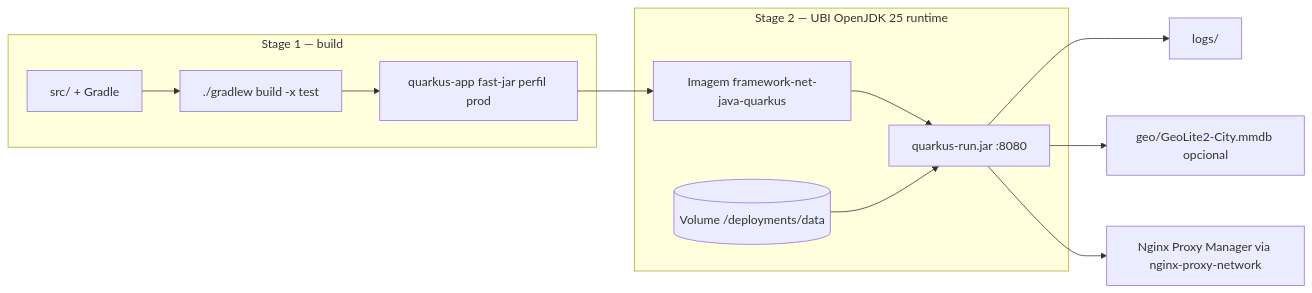
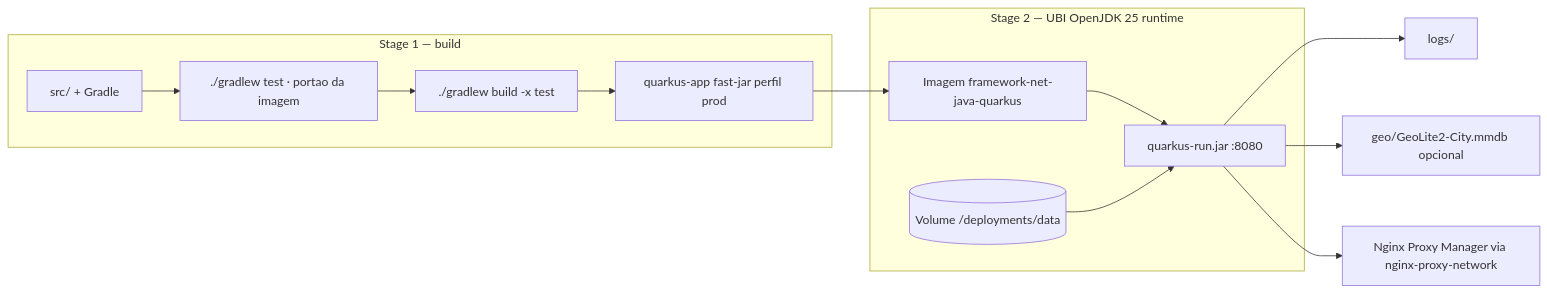
The sixth of 12 diagrams in src/main/resources/README.md (carmipa/framework-net-java-quarkus), drawn with Mermaid before and after one commit. The commit also changed other lines of this file and 1 other file, not shown here.

````diff
--- a/src/main/resources/README.md
+++ b/src/main/resources/README.md
@@ -597,15 +596,16 @@
 ```mermaid
 flowchart LR
     subgraph build [Stage 1 — build]
-        SRC[src/ + Gradle] --> GRAD[./gradlew build -x test]
+        SRC[src/ + Gradle] --> TEST[./gradlew test · portao da imagem]
+        TEST --> GRAD[./gradlew build -x test]
         GRAD --> JAR[quarkus-app fast-jar perfil prod]
     end
     subgraph runtime [Stage 2 — UBI OpenJDK 25 runtime]
         JAR --> IMG[Imagem framework-net-java-quarkus]
         IMG --> RUN[quarkus-run.jar :8080]
         VOL[(Volume /deployments/data)] --> RUN
     end
     RUN --> LOGS[logs/]
     RUN --> GEO[geo/GeoLite2-City.mmdb opcional]
     RUN --> NPM[Nginx Proxy Manager via nginx-proxy-network]
 ```
````
